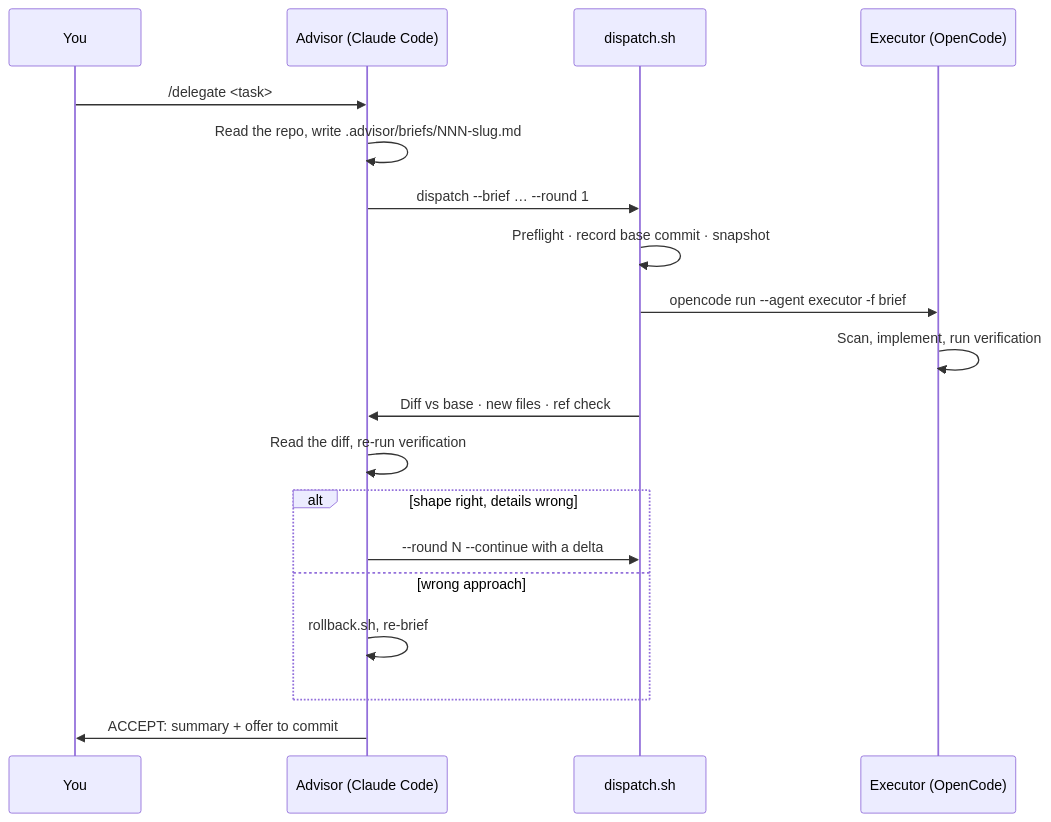
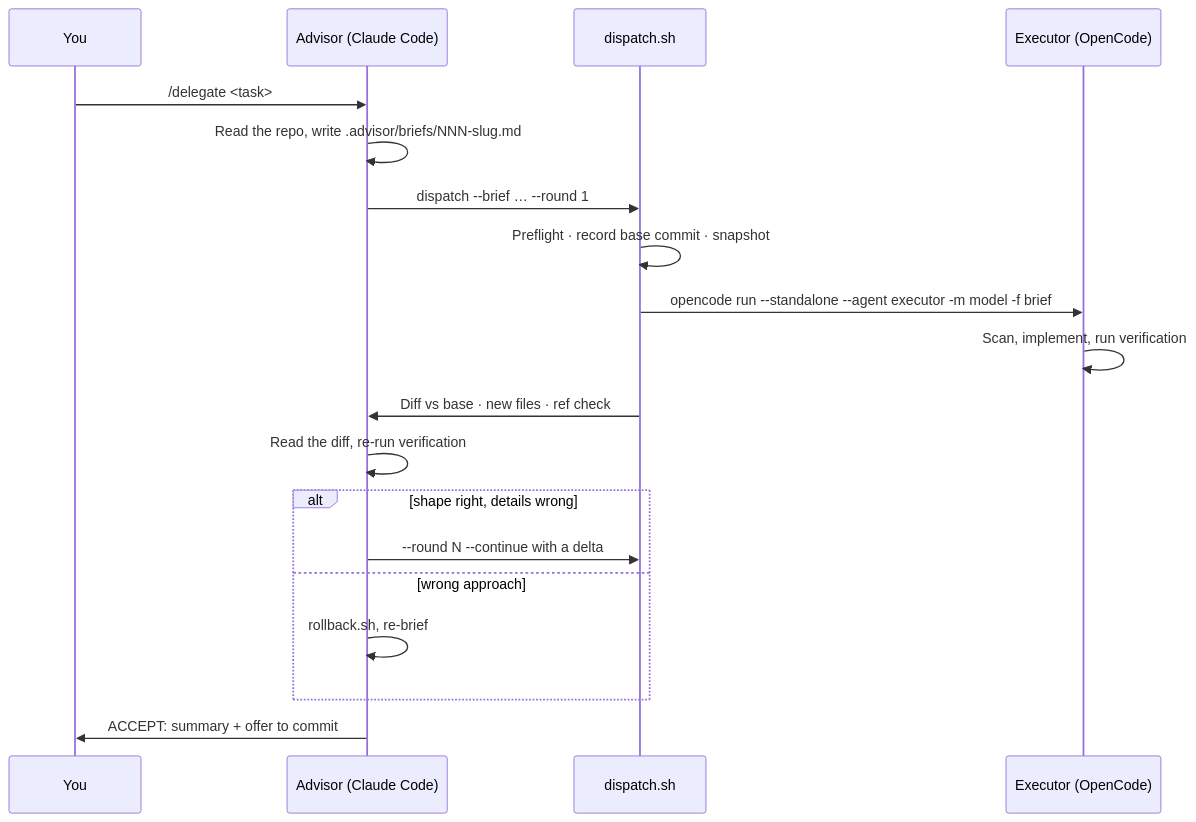
One commit to lerichjam/delegate changed the diagram in README.md. Above: the diagram before and after it, drawn with Mermaid. The commit also changed other lines of this file and 12 other files, not shown here.

````diff
--- a/README.md
+++ b/README.md
@@ -28,21 +28,21 @@
 ```mermaid
 sequenceDiagram
     participant U as You
     participant A as Advisor (Claude Code)
     participant D as dispatch.sh
     participant E as Executor (OpenCode)
     U->>A: /delegate <task>
     A->>A: Read the repo, write .advisor/briefs/NNN-slug.md
     A->>D: dispatch --brief … --round 1
     D->>D: Preflight · record base commit · snapshot
-    D->>E: opencode run --agent executor -f brief
+    D->>E: opencode run --standalone --agent executor -m model -f brief
     E->>E: Scan, implement, run verification
     D->>A: Diff vs base · new files · ref check
     A->>A: Read the diff, re-run verification
     alt shape right, details wrong
         A->>D: --round N --continue with a delta
     else wrong approach
         A->>A: rollback.sh, re-brief
     end
     A->>U: ACCEPT: summary + offer to commit
 ```
````
